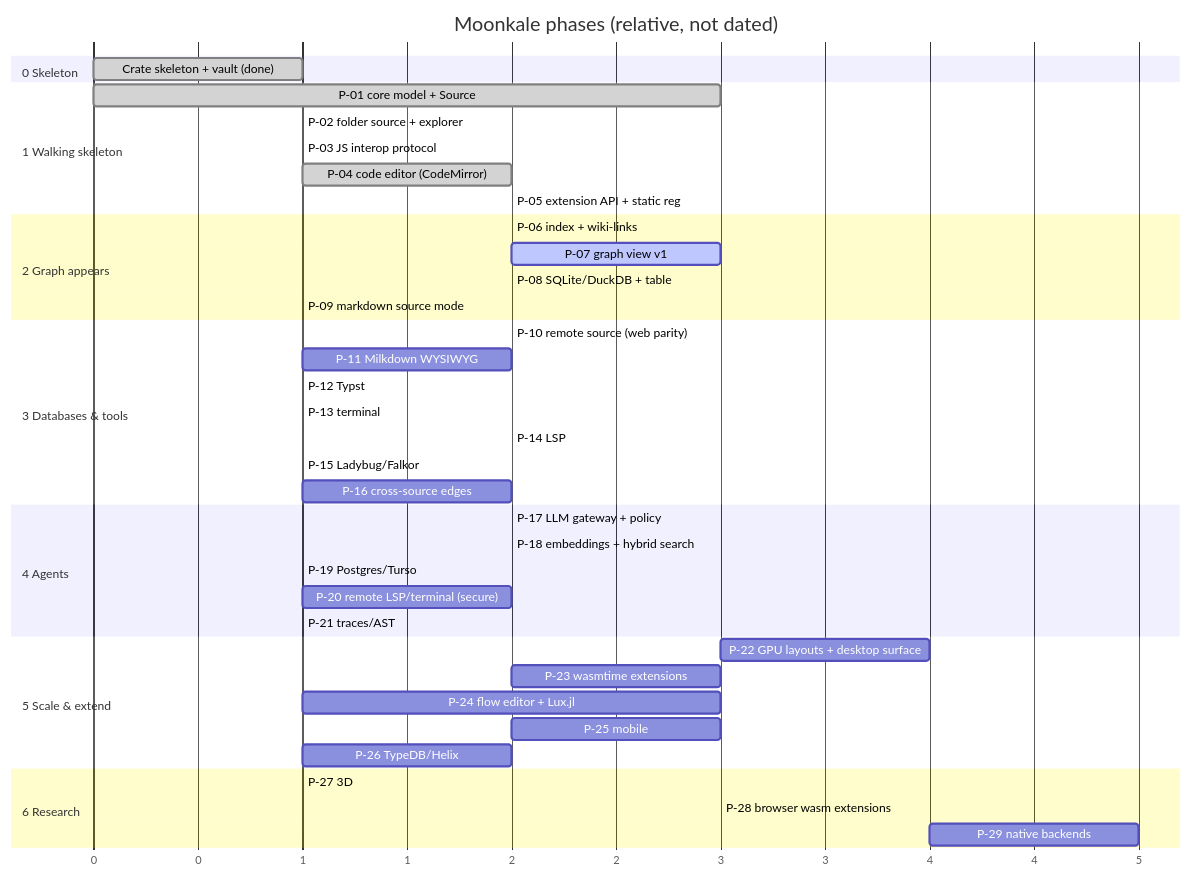
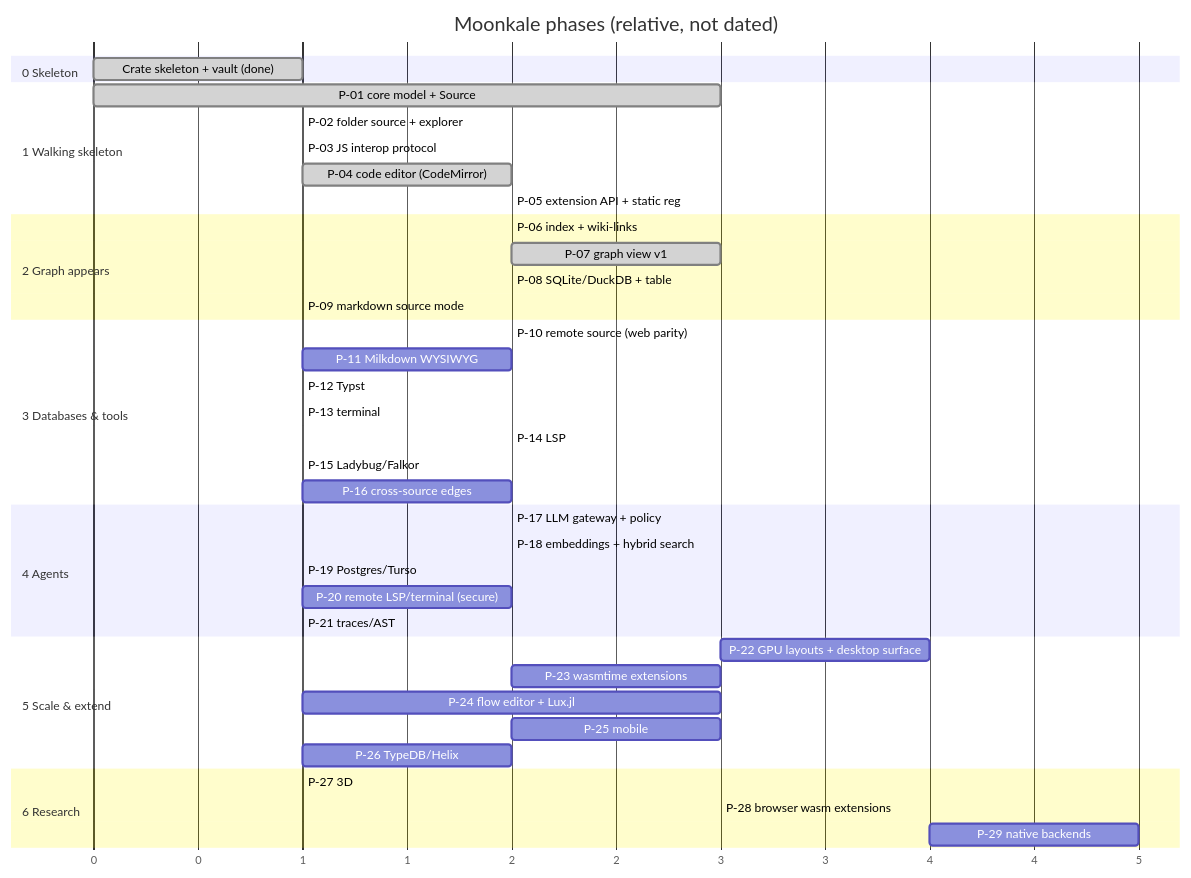
The diagram in markdown/problems/Roadmap.md (MathStruct/Moonkale), drawn with Mermaid before and after one commit. The commit also changed other lines of this file and 58 other files, not shown here.

````diff
--- a/markdown/problems/Roadmap.md
+++ b/markdown/problems/Roadmap.md
@@ -7,43 +7,43 @@
 ```mermaid
 gantt
   title Moonkale phases (relative, not dated)
   dateFormat X
   axisFormat %s
   section 0 Skeleton
   Crate skeleton + vault (done)        :done, p0, 0, 1
   section 1 Walking skeleton
   P-01 core model + Source            :done, p1a, 1, 3
   P-02 folder source + explorer       :done, p1b, after p1a, 1
   P-03 JS interop protocol            :done, p1c, after p1a, 1
   P-04 code editor (CodeMirror)       :done, p1d, after p1c, 2
   P-05 extension API + static reg     :done, p1e, after p1d, 2
   section 2 Graph appears
   P-06 index + wiki-links             :done, p2a, after p1e, 2
-  P-07 graph view v1                  :active, p2b, after p2a, 3
-  P-08 SQLite/DuckDB + table          :p2c, after p1e, 2
-  P-09 markdown source mode           :p2d, after p2a, 1
+  P-07 graph view v1                  :done, p2b, after p2a, 3
+  P-08 SQLite/DuckDB + table          :done, p2c, after p1e, 2
+  P-09 markdown source mode           :done, p2d, after p2a, 1
   section 3 Databases & tools
   P-10 remote source (web parity)     :p3a, after p2c, 2
   P-11 Milkdown WYSIWYG               :p3b, after p2d, 2
   P-12 Typst                          :p3c, after p2d, 1
   P-13 terminal                       :p3d, after p1e, 1
   P-14 LSP                            :p3e, after p1d, 2
   P-15 Ladybug/Falkor                 :p3f, after p2c, 1
   P-16 cross-source edges             :p3g, after p3f, 2
   section 4 Agents
   P-17 LLM gateway + policy           :p4a, after p3a, 2
   P-18 embeddings + hybrid search     :p4b, after p4a, 2
   P-19 Postgres/Turso                 :p4c, after p3a, 1
   P-20 remote LSP/terminal (secure)   :p4d, after p3d, 2
   P-21 traces/AST                     :p4e, after p2b, 1
   section 5 Scale & extend
   P-22 GPU layouts + desktop surface  :p5a, after p2b, 4
   P-23 wasmtime extensions            :p5b, after p4a, 3
   P-24 flow editor + Lux.jl           :p5c, after p3d, 3
   P-25 mobile                         :p5d, after p3a, 3
   P-26 TypeDB/Helix                   :p5e, after p3f, 2
   section 6 Research
   P-27 3D                             :p6a, after p5a, 1
   P-28 browser wasm extensions        :p6b, after p5b, 3
   P-29 native backends                :p6c, after p5a, 5
 ```
````
